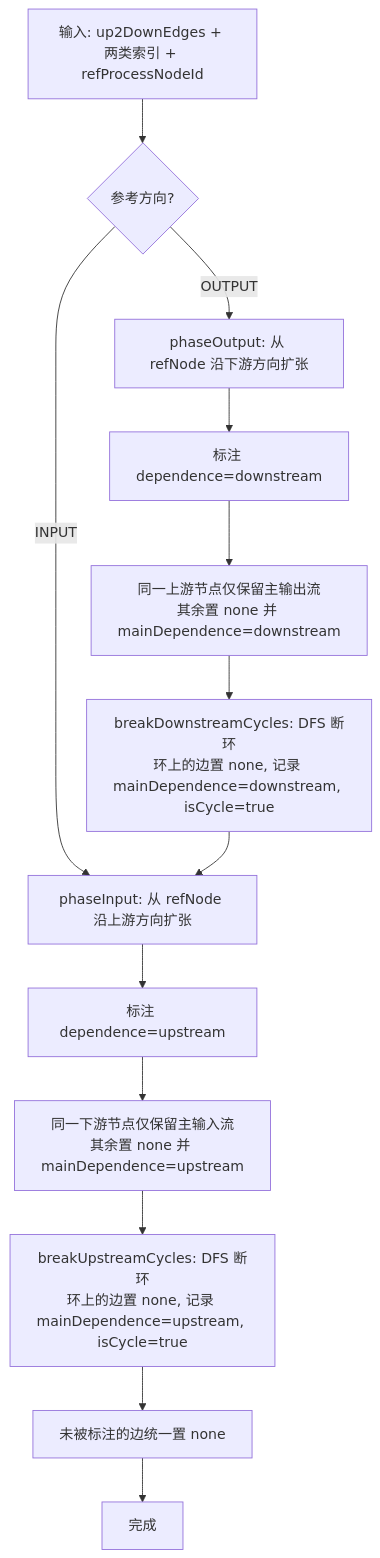
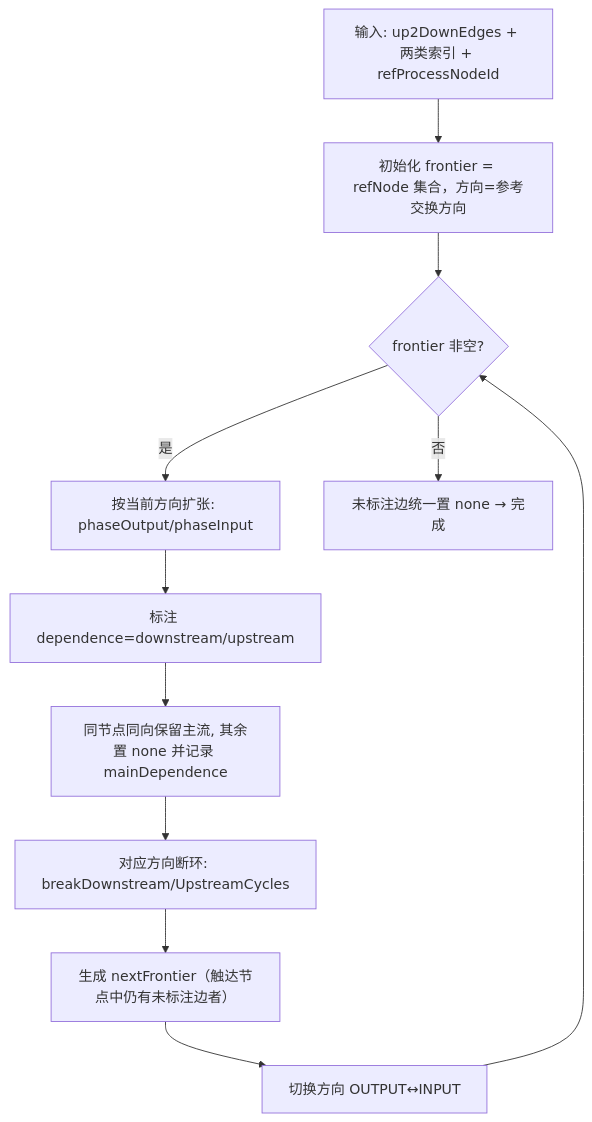
Before and after one commit to linancn/tiangong-lca-next: the third of 25 diagrams in .github/prompts/util_calculate.zh-CN.prompt.md, drawn with Mermaid. The commit also changed other lines of this file and 2 other files, not shown here.

Commit message:
fix: Update the dependency annotation logic, adopt the alternating front propagation method, and optimize the handling of loop breaks.

````diff
--- a/.github/prompts/util_calculate.zh-CN.prompt.md
+++ b/.github/prompts/util_calculate.zh-CN.prompt.md
@@ -286,20 +289,14 @@
 ```mermaid
 graph TD
   A[输入: up2DownEdges + 两类索引 + refProcessNodeId]
-  A --> O{参考方向?}
-  O -->|OUTPUT| P1[phaseOutput: 从 refNode 沿下游方向扩张]
-  O -->|INPUT| Q1[phaseInput: 从 refNode 沿上游方向扩张]
-
-  %% OUTPUT 主序
-  P1 --> P2[标注 dependence=downstream]
-  P2 --> P3[同一上游节点仅保留主输出流<br/>其余置 none 并 mainDependence=downstream]
-  P3 --> P4[breakDownstreamCycles: DFS 断环<br/>环上的边置 none, 记录 mainDependence=downstream, isCycle=true]
-  P4 --> Q1
-
-  %% INPUT 次序
-  Q1 --> Q2[标注 dependence=upstream]
-  Q2 --> Q3[同一下游节点仅保留主输入流<br/>其余置 none 并 mainDependence=upstream]
-  Q3 --> Q4[breakUpstreamCycles: DFS 断环<br/>环上的边置 none, 记录 mainDependence=upstream, isCycle=true]
-  Q4 --> R[未被标注的边统一置 none]
-  R --> S[完成]
+  A --> B[初始化 frontier = refNode 集合，方向=参考交换方向]
+  B --> C{frontier 非空?}
+  C -->|是| D[按当前方向扩张: phaseOutput/phaseInput]
+  D --> E[标注 dependence=downstream/upstream]
+  E --> F[同节点同向保留主流, 其余置 none 并记录 mainDependence]
+  F --> G[对应方向断环: breakDownstream/UpstreamCycles]
+  G --> H[生成 nextFrontier（触达节点中仍有未标注边者）]
+  H --> I[切换方向 OUTPUT↔INPUT]
+  I --> C
+  C -->|否| J[未标注边统一置 none → 完成]
 ```
````
